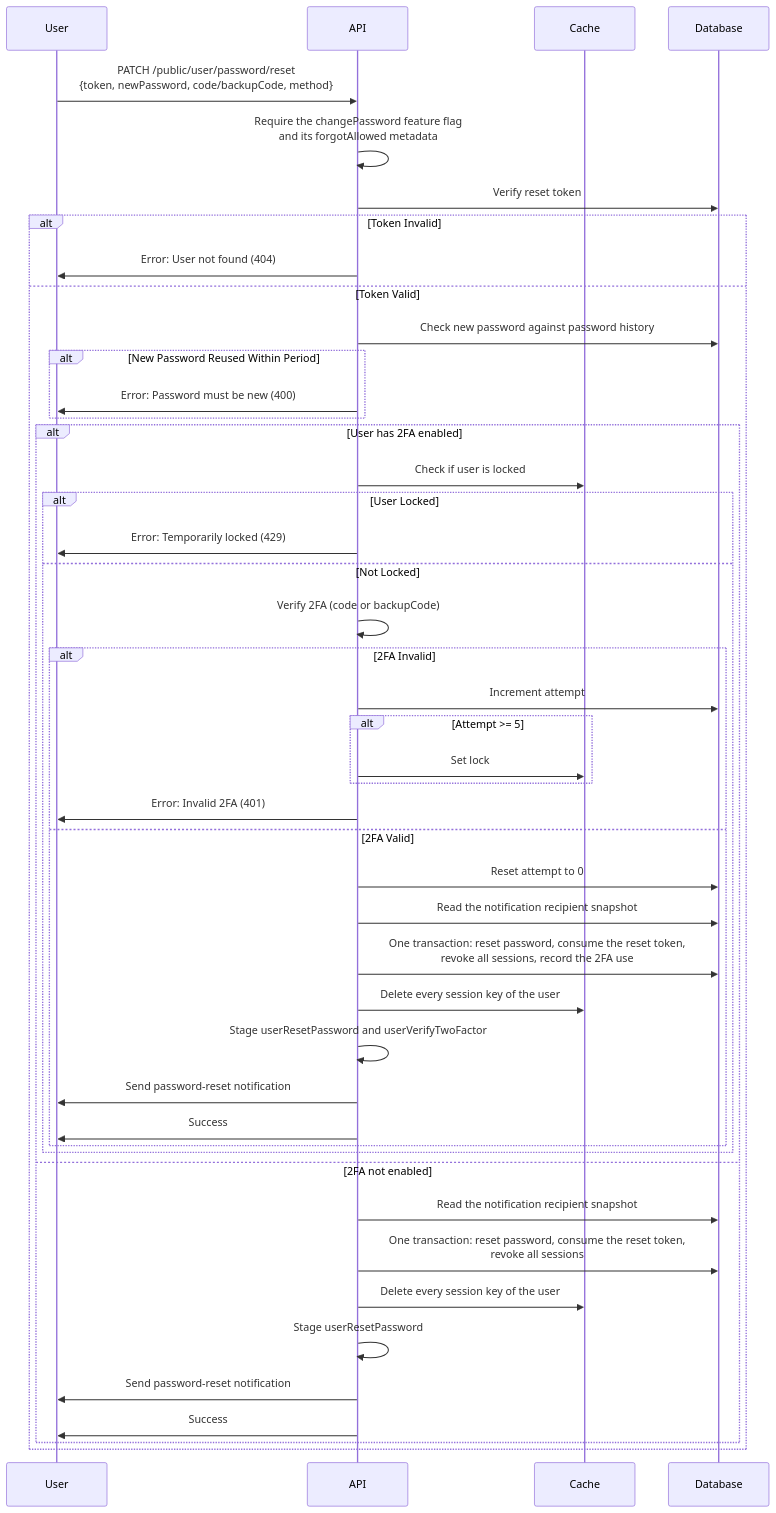
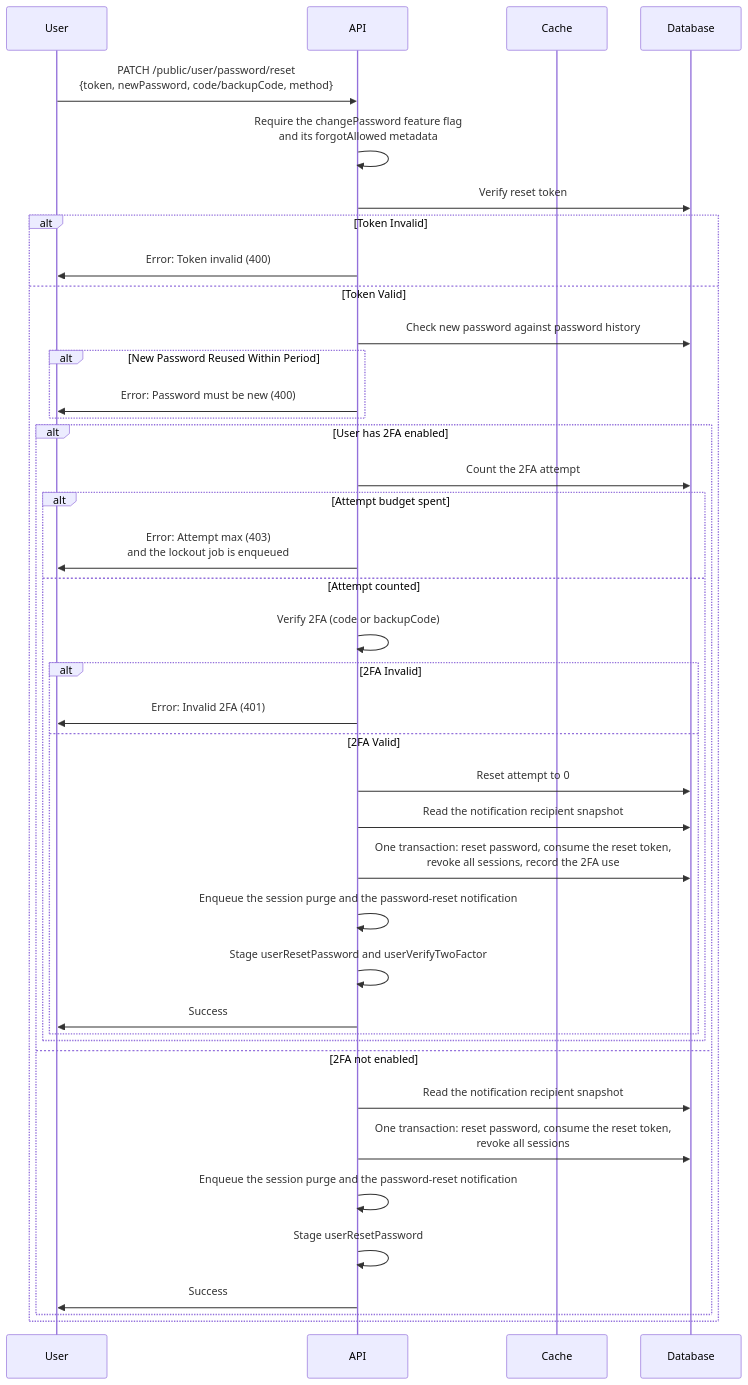
The eighth of 9 diagrams in docs/two-factor.md (andrechristikan/ack-nestjs-boilerplate), drawn with Mermaid before and after one commit. The commit also changed other lines of this file and 95 other files, not shown here.

````diff
--- a/docs/two-factor.md
+++ b/docs/two-factor.md
@@ -552,49 +495,43 @@
 ```mermaid
 sequenceDiagram
     participant User
     participant API
     participant Cache
     participant Database
 
     User->>API: PATCH /public/user/password/reset<br/>{token, newPassword, code/backupCode, method}
     API->>API: Require the changePassword feature flag<br/>and its forgotAllowed metadata
     API->>Database: Verify reset token
     alt Token Invalid
-        API->>User: Error: User not found (404)
+        API->>User: Error: Token invalid (400)
     else Token Valid
         API->>Database: Check new password against password history
         alt New Password Reused Within Period
             API->>User: Error: Password must be new (400)
         end
         alt User has 2FA enabled
-            API->>Cache: Check if user is locked
-            alt User Locked
-                API->>User: Error: Temporarily locked (429)
-            else Not Locked
+            API->>Database: Count the 2FA attempt
+            alt Attempt budget spent
+                API->>User: Error: Attempt max (403)<br/>and the lockout job is enqueued
+            else Attempt counted
                 API->>API: Verify 2FA (code or backupCode)
                 alt 2FA Invalid
-                    API->>Database: Increment attempt
-                    alt Attempt >= 5
-                        API->>Cache: Set lock
-                    end
                     API->>User: Error: Invalid 2FA (401)
                 else 2FA Valid
                     API->>Database: Reset attempt to 0
                     API->>Database: Read the notification recipient snapshot
                     API->>Database: One transaction: reset password, consume the reset token,<br/>revoke all sessions, record the 2FA use
-                    API->>Cache: Delete every session key of the user
+                    API->>API: Enqueue the session purge and the password-reset notification
                     API->>API: Stage userResetPassword and userVerifyTwoFactor
-                    API->>User: Send password-reset notification
                     API->>User: Success
                 end
             end
         else 2FA not enabled
             API->>Database: Read the notification recipient snapshot
             API->>Database: One transaction: reset password, consume the reset token,<br/>revoke all sessions
-            API->>Cache: Delete every session key of the user
+            API->>API: Enqueue the session purge and the password-reset notification
             API->>API: Stage userResetPassword
-            API->>User: Send password-reset notification
             API->>User: Success
         end
     end
 ```
````
